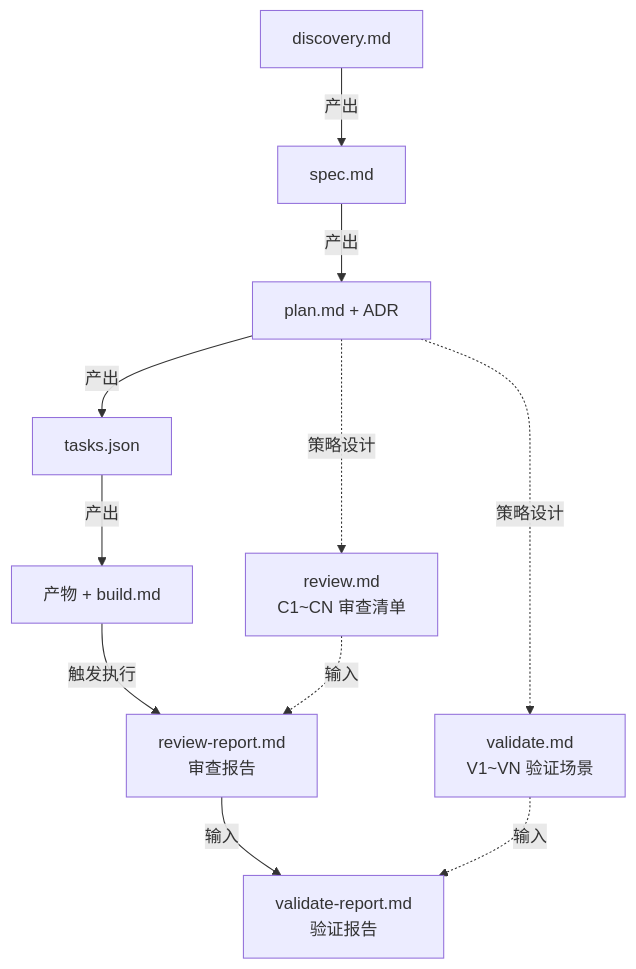
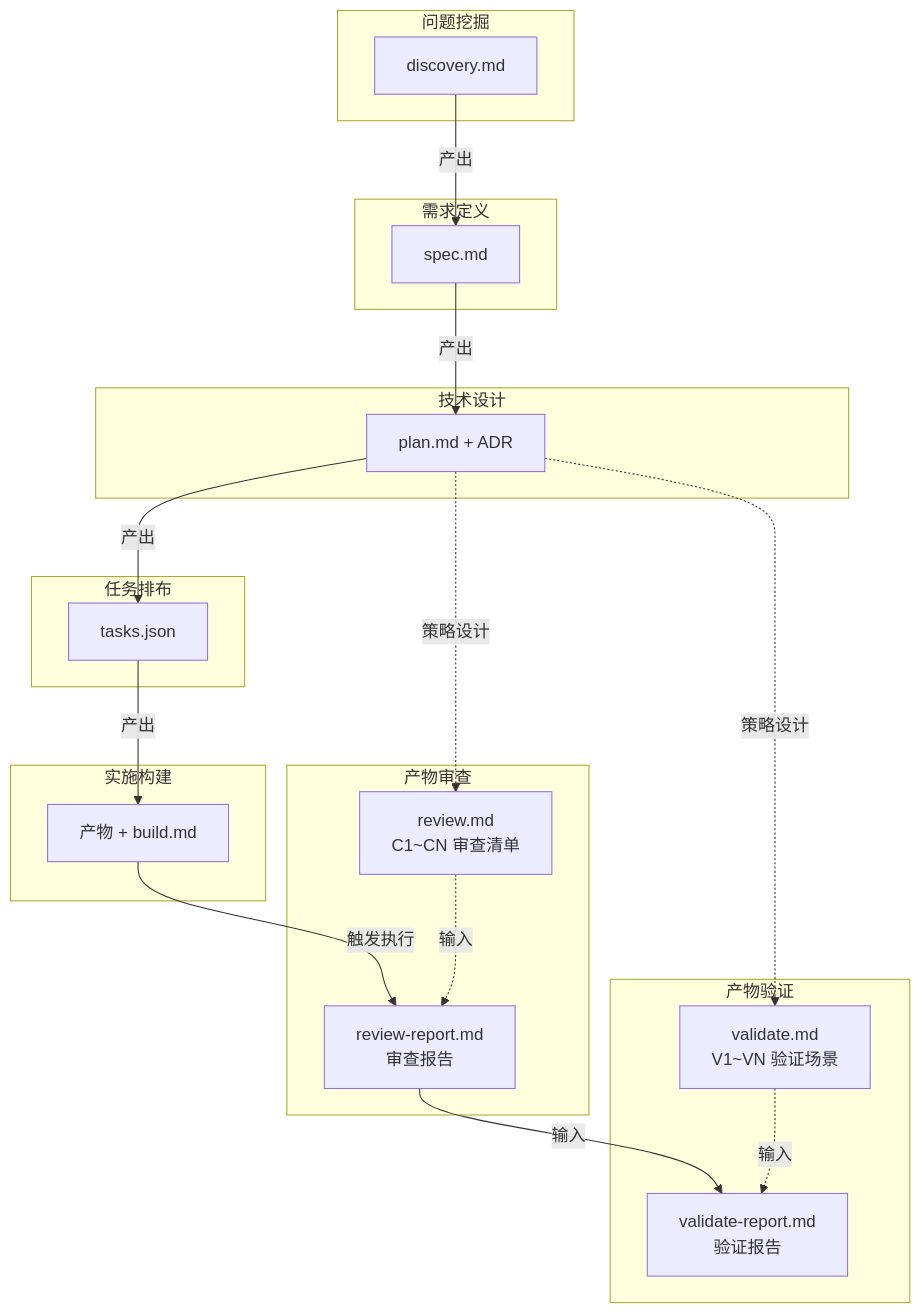
The diagram in .sddu/specs-tree-root/specs-tree-agent-scope-realignment/plan.md (THZSummer/sddu), drawn with Mermaid before and after one commit.

Commit message:
feat(plan): add Agent subgraphs to §2.7 dependency graph — shows who produces each document

````diff
--- a/.sddu/specs-tree-root/specs-tree-agent-scope-realignment/plan.md
+++ b/.sddu/specs-tree-root/specs-tree-agent-scope-realignment/plan.md
@@ -113,16 +113,40 @@
 ```mermaid
 flowchart TD
-    D[discovery.md] -->|产出| S[spec.md]
-    S -->|产出| P[plan.md + ADR]
-    P -->|产出| TK[tasks.json]
-    TK -->|产出| B[产物 + build.md]
+    subgraph DAG[问题挖掘]
+        D[discovery.md]
+    end
+    subgraph SAG[需求定义]
+        S[spec.md]
+    end
+    subgraph PAG[技术设计]
+        P[plan.md + ADR]
+    end
+    subgraph TAG[任务排布]
+        TK[tasks.json]
+    end
+    subgraph BAG[实施构建]
+        B[产物 + build.md]
+    end
+    subgraph RAG[产物审查]
+        R_S[review.md<br/>C1~CN 审查清单]
+        R_R[review-report.md<br/>审查报告]
+    end
+    subgraph VAG[产物验证]
+        V_S[validate.md<br/>V1~VN 验证场景]
+        V_R[validate-report.md<br/>验证报告]
+    end
+
+    D -->|产出| S
+    S -->|产出| P
+    P -->|产出| TK
+    TK -->|产出| B
     
-    P -.->|策略设计| R_S[review.md<br/>C1~CN 审查清单]
-    P -.->|策略设计| V_S[validate.md<br/>V1~VN 验证场景]
+    P -.->|策略设计| R_S
+    P -.->|策略设计| V_S
     
-    B -->|触发执行| R_R[review-report.md<br/>审查报告]
-    R_R -->|输入| V_R[validate-report.md<br/>验证报告]
+    B -->|触发执行| R_R
+    R_R -->|输入| V_R
     
     R_S -.->|输入| R_R
     V_S -.->|输入| V_R
 ```
````
